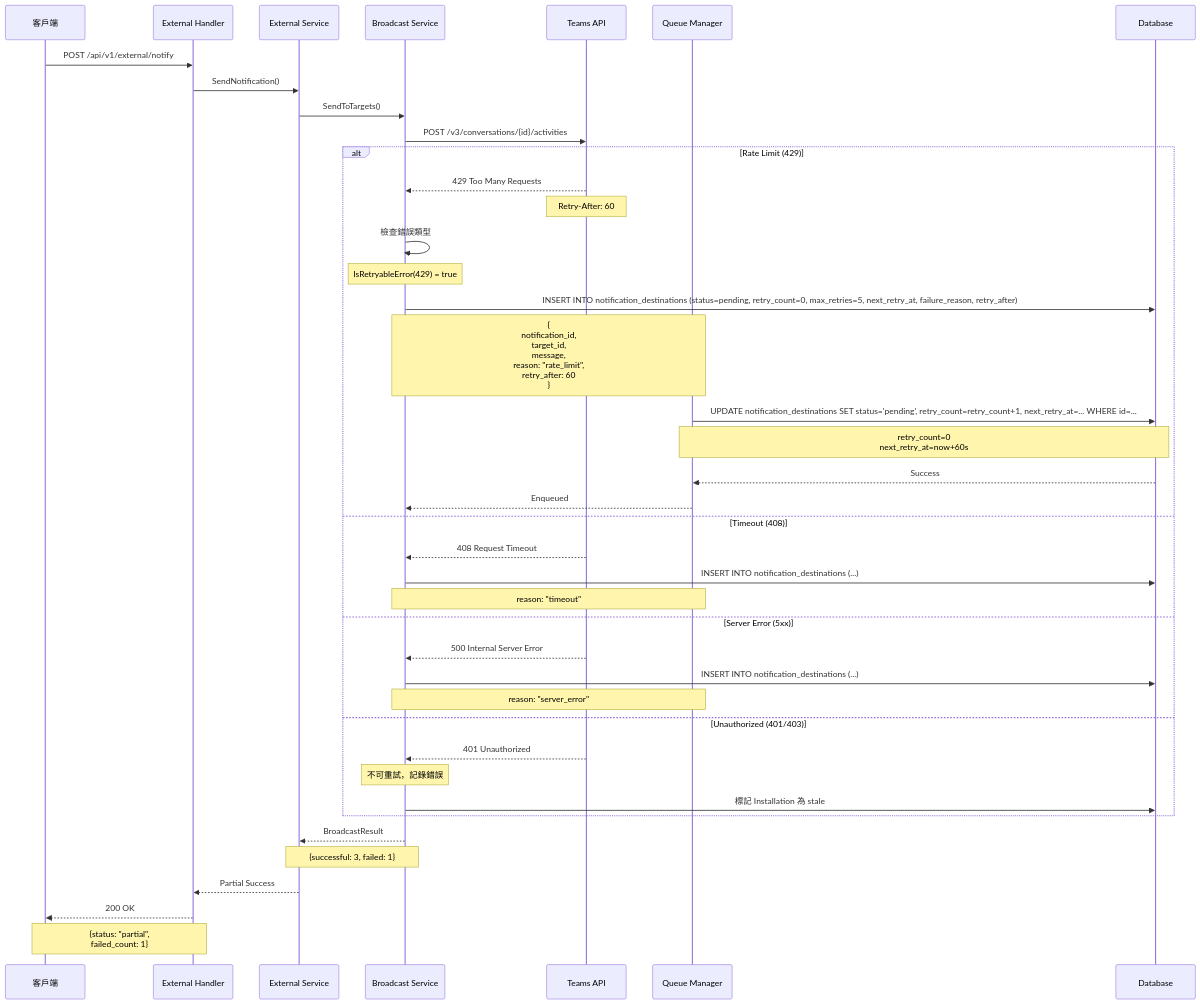
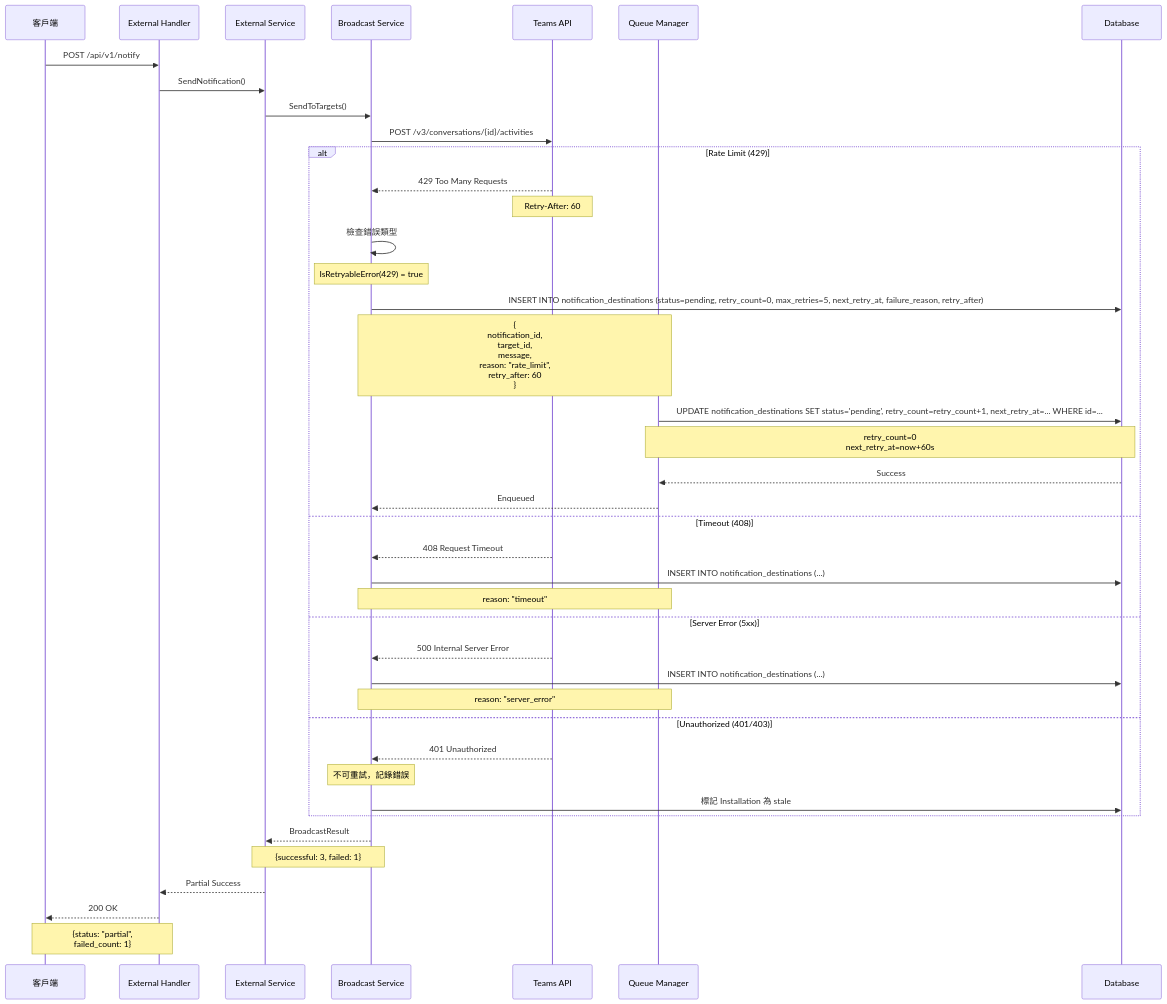
The second of 13 diagrams in docs/archive/deprecated/SEQUENCE_FLOW.md (evencycu/context-engineering-intro), drawn with Mermaid before and after one commit. The commit also changed other lines of this file and 24 other files, not shown here.

First line of the commit message:
refactor: simplify external API paths by removing /external prefix

````diff
--- a/docs/archive/deprecated/SEQUENCE_FLOW.md
+++ b/docs/archive/deprecated/SEQUENCE_FLOW.md
@@ -77,56 +77,56 @@
 ```mermaid
 sequenceDiagram
     participant Client as 客戶端
     participant API as External Handler
     participant Service as External Service
     participant Broadcast as Broadcast Service
     participant Teams as Teams API
     participant Queue as Queue Manager
     participant DB as Database
 
-    Client->>API: POST /api/v1/external/notify
+    Client->>API: POST /api/v1/notify
     
     API->>Service: SendNotification()
     Service->>Broadcast: SendToTargets()
     
     Broadcast->>Teams: POST /v3/conversations/{id}/activities
     
     alt Rate Limit (429)
         Teams-->>Broadcast: 429 Too Many Requests
         Note over Teams: Retry-After: 60
         
         Broadcast->>Broadcast: 檢查錯誤類型
         Note over Broadcast: IsRetryableError(429) = true
         
         Broadcast->>DB: INSERT INTO notification_destinations (status=pending, retry_count=0, max_retries=5, next_retry_at, failure_reason, retry_after)
         Note over Broadcast,Queue: {<br/>notification_id,<br/>target_id,<br/>message,<br/>reason: "rate_limit",<br/>retry_after: 60<br/>}
         
         Queue->>DB: UPDATE notification_destinations SET status='pending', retry_count=retry_count+1, next_retry_at=... WHERE id=...
         Note over Queue,DB: retry_count=0<br/>next_retry_at=now+60s
         DB-->>Queue: Success
         
         Queue-->>Broadcast: Enqueued
         
     else Timeout (408)
         Teams-->>Broadcast: 408 Request Timeout
         Broadcast->>DB: INSERT INTO notification_destinations (...)
         Note over Broadcast,Queue: reason: "timeout"
         
     else Server Error (5xx)
         Teams-->>Broadcast: 500 Internal Server Error
         Broadcast->>DB: INSERT INTO notification_destinations (...)
         Note over Broadcast,Queue: reason: "server_error"
         
     else Unauthorized (401/403)
         Teams-->>Broadcast: 401 Unauthorized
         Note over Broadcast: 不可重試，記錄錯誤
         Broadcast->>DB: 標記 Installation 為 stale
     end
     
     Broadcast-->>Service: BroadcastResult
     Note over Broadcast,Service: {successful: 3, failed: 1}
     
     Service-->>API: Partial Success
     API-->>Client: 200 OK
     Note over API,Client: {status: "partial",<br/>failed_count: 1}
 ```
````
